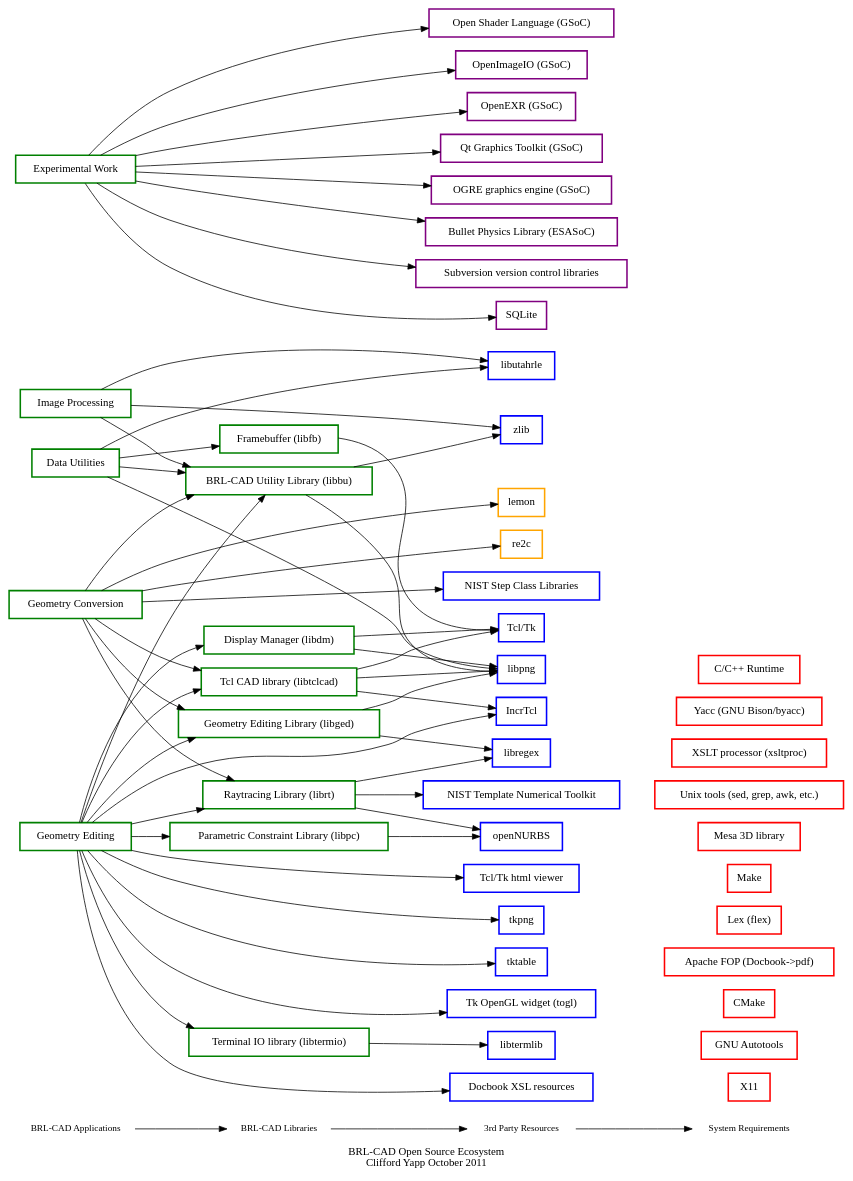
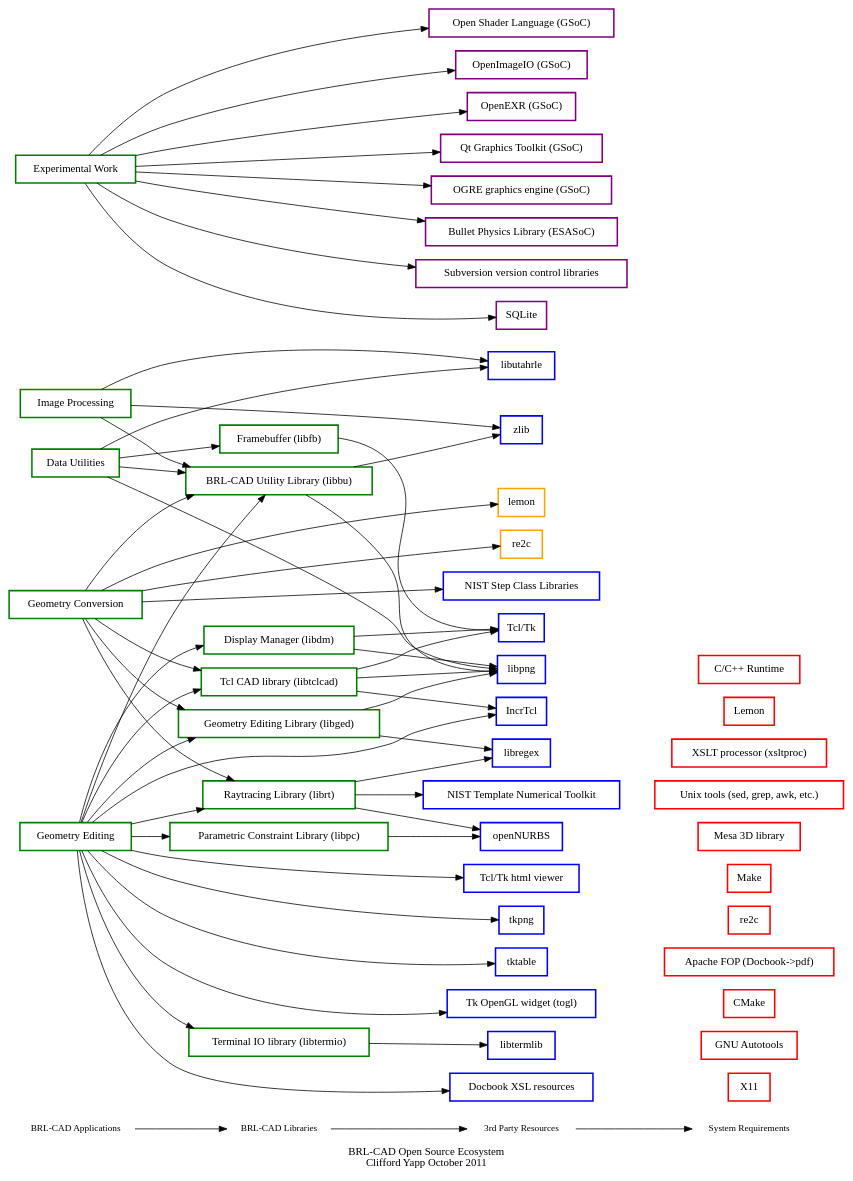
The diagram in doc/ecosystem.dot (maths22/brlcad), drawn with Graphviz before and after one commit. The commit also changed 9 other files, not shown here.

Commit message:
Looks like we're off of yacc, and *almost* off of lex - just src/tab for the latter.

```diff
--- a/doc/ecosystem.dot
+++ b/doc/ecosystem.dot
@@ -1,197 +1,197 @@
 /*                   E C O S Y S T E M . D O T
  * BRL-CAD
  *
  * Copyright (c) 2011-2014 United States Government as represented by
  * the U.S. Army Research Laboratory.
  *
  * Redistribution and use in source (Graphviz format) and 'compiled'
  * forms (PDF, PostScript, HTML, RTF, etc.), with or without
  * modification, are permitted provided that the following conditions
  * are met:
  *
  * 1. Redistributions of source code (Docbook format) must retain the
  * above copyright notice, this list of conditions and the following
  * disclaimer.
  *
  * 2. Redistributions in compiled form (transformed to other DTDs,
  * converted to PDF, PostScript, HTML, RTF, and other formats) must
  * reproduce the above copyright notice, this list of conditions and
  * the following disclaimer in the documentation and/or other
  * materials provided with the distribution.
  *
  * 3. The name of the author may not be used to endorse or promote
  * products derived from this documentation without specific prior
  * written permission.
  *
  * THIS DOCUMENTATION IS PROVIDED BY THE AUTHOR AS IS'' AND ANY
  * EXPRESS OR IMPLIED WARRANTIES, INCLUDING, BUT NOT LIMITED TO, THE
  * IMPLIED WARRANTIES OF MERCHANTABILITY AND FITNESS FOR A PARTICULAR
  * PURPOSE ARE DISCLAIMED. IN NO EVENT SHALL THE AUTHOR BE LIABLE FOR
  * ANY DIRECT, INDIRECT, INCIDENTAL, SPECIAL, EXEMPLARY, OR
  * CONSEQUENTIAL DAMAGES (INCLUDING, BUT NOT LIMITED TO, PROCUREMENT
  * OF SUBSTITUTE GOODS OR SERVICES; LOSS OF USE, DATA, OR PROFITS; OR
  * BUSINESS INTERRUPTION) HOWEVER CAUSED AND ON ANY THEORY OF
  * LIABILITY, WHETHER IN CONTRACT, STRICT LIABILITY, OR TORT
  * (INCLUDING NEGLIGENCE OR OTHERWISE) ARISING IN ANY WAY OUT OF THE
  * USE OF THIS DOCUMENTATION, EVEN IF ADVISED OF THE POSSIBILITY OF
  * SUCH DAMAGE.
  */
 
 digraph BRLCADDeps{
 	//overlap=scale
 	rankdir=LR;
 	label="BRL-CAD Open Source Ecosystem\nClifford Yapp October 2011";
 
 	{
 	     node [shape=plaintext, fontsize=12];
 	     "BRL-CAD Applications" -> "BRL-CAD Libraries" -> "3rd Party Resources" -> "System Requirements";
 	};
 
 
 	// Libraries
 
 	tcltk [color = "blue", style = bold, shape = box, label = "Tcl/Tk"];
 	tkhtml [color = "blue", style = bold, shape = box, label = "Tcl/Tk html viewer"];
 	tkpng [color = "blue", style = bold, shape = box, label = "tkpng"];
 	tktable [color = "blue", style = bold, shape = box, label = "tktable"];
 	togl [color = "blue", style = bold, shape = box, label = "Tk OpenGL widget (togl)"];
 	incrTcl [color = "blue", style = bold, shape = box, label = "IncrTcl"];
 
 
 	libpng [color = "blue", style = bold, shape = box, label = "libpng"];
 	libregex [color = "blue", style = bold, shape = box, label = "libregex"];
 	libtermlib [color = "blue", style = bold, shape = box, label = "libtermlib"];
 	libutahrle [color = "blue", style = bold, shape = box, label = "libutahrle"];
 	opennurbs [color = "blue", style = bold, shape = box, label = "openNURBS"];
 	scl [color = "blue", style = bold, shape = box, label = "NIST Step Class Libraries"];
 	tnt [color = "blue", style = bold, shape = box, label = "NIST Template Numerical Toolkit"];
 	xsl [color = "blue", style = bold, shape = box, label = "Docbook XSL resources"];
 	zlib [color = "blue", style = bold, shape = box, label = "zlib"];
 
 	// Tools
 	//re2clemon [color = "orange", style = bold, shape = box, label = "re2c + lemon"];
 	re2c [color = "orange", style = bold, shape = box, label = "re2c"];
 	lemon [color = "orange", style = bold, shape = box, label = "lemon"];
 	//{ rank = same; "3rd Party Resources"; tcltk; tkhtml; tkpng; tktable; togl; incrTcl; libpng; libregex; libtermlib; libutahrle; opennurbs; scl; tnt; xsl; zlib; re2clemon; }
 	{ rank = same; "3rd Party Resources"; tcltk; tkhtml; tkpng; tktable; togl; incrTcl; libpng; libregex; libtermlib; libutahrle; opennurbs; scl; tnt; xsl; zlib; re2c; lemon; }
 	// GSoC
 	osl [color = "purple", style = bold, shape = box, label = "Open Shader Language (GSoC)"];
 	oiio [color = "purple", style = bold, shape = box, label = "OpenImageIO (GSoC)"];
 	openexr [color = "purple", style = bold, shape = box, label = "OpenEXR (GSoC)"];
 	qt [color = "purple", style = bold, shape = box, label = "Qt Graphics Toolkit (GSoC)"];
 	ogre3d [color = "purple", style = bold, shape = box, label = "OGRE graphics engine (GSoC)"];
 	bullet [color = "purple", style = bold, shape = box, label = "Bullet Physics Library (ESASoC)"];
 
 	{ rank = same; "3rd Party Resources"; bullet; osl; oiio; openexr; qt; ogre3d; }
 
 	// GeomCore only
 	subversion [color = "purple", style = bold, shape = box, label = "Subversion version control libraries"];
 	//apr [color = "purple", style = bold, shape = box, label = "Apache Portable Runtime"];
 	//uuid [color = "purple", style = bold, shape = box, label = "Universally Unique Identifiers (OSSP uuid)"];
 	sqlite [color = "purple", style = bold, shape = box, label = "SQLite"];
 
 	{ rank = same; "3rd Party Resources"; subversion; sqlite; }
 
 	// System (not bundled)
 	X11 [color = "red", style = bold, shape = box, label = "X11"];
 	autotools [color = "red", style = bold, shape = box, label = "GNU Autotools"];
 	cmake [color = "red", style = bold, shape = box, label = "CMake"];
 	fop [color = "red", style = bold, shape = box, label = "Apache FOP (Docbook->pdf)"];
-	lex [color = "red", style = bold, shape = box, label = "Lex (flex)"];
+	lex [color = "red", style = bold, shape = box, label = "re2c"];
 	make [color = "red", style = bold, shape = box, label = "Make"];
 	mesa [color = "red", style = bold, shape = box, label = "Mesa 3D library"];
 	unixtools [color = "red", style = bold, shape = box, label = "Unix tools (sed, grep, awk, etc.)"];
 	xsltproc [color = "red", style = bold, shape = box, label = "XSLT processor (xsltproc)"];
-	yacc [color = "red", style = bold, shape = box, label = "Yacc (GNU Bison/byacc)"];
+	yacc [color = "red", style = bold, shape = box, label = "Lemon"];
 	crun [color = "red", style = bold, shape = box, label = "C/C++ Runtime"];
 
 	{ rank = same; "System Requirements"; X11; autotools; cmake; crun; fop; lex; make; mesa; unixtools; xsltproc; yacc; }
 
 	// BRL-CAD components
 	libbu [color = "green", style = bold, shape = box, label = "BRL-CAD Utility Library (libbu)"];
 	libpc [color = "green", style = bold, shape = box, label = "Parametric Constraint Library (libpc)"];
 	librt [color = "green", style = bold, shape = box, label = "Raytracing Library (librt)"];
 	libdm [color = "green", style = bold, shape = box, label = "Display Manager (libdm)"];
 	libfb [color = "green", style = bold, shape = box, label = "Framebuffer (libfb)"];
 	libged [color = "green", style = bold, shape = box, label = "Geometry Editing Library (libged)"];
 	libtclcad [color = "green", style = bold, shape = box, label = "Tcl CAD library (libtclcad)"];
 	libtermio [color = "green", style = bold, shape = box, label = "Terminal IO library (libtermio)"];
 
 	{ rank = same; "BRL-CAD Libraries"; libbu; libpc; librt; libdm; libged; libtclcad; libtermio; }
 
 	// BRL-CAD Application Categories
 	geomedit [color = "green", style = bold, shape = box, label = "Geometry Editing"];
 	geomconv [color = "green", style = bold, shape = box, label = "Geometry Conversion"];
 	datautil [color = "green", style = bold, shape = box, label = "Data Utilities"];
 	imageproc [color = "green", style = bold, shape = box, label = "Image Processing"];
 	experimental [color = "green", style = bold, shape = box, label = "Experimental Work"];
 
 	{ rank = same; "BRL-CAD Applications"; geomedit; geomconv; datautil; imageproc; experimental; }
 
 
 	/* Relationships */
 
 	libbu -> libpng;
 	libbu -> zlib;
 
 	libpc -> opennurbs;
 
 	librt -> libregex;
 	librt -> tnt;
 	librt -> opennurbs;
 
 	libdm -> tcltk;
 	libdm -> libpng;
 
 	libfb -> tcltk;
 
 	libged -> libregex;
 	libged -> libpng;
 
 	libtclcad -> tcltk;
 	libtclcad -> incrTcl;
 	libtclcad -> libpng;
 
 	libtermio -> libtermlib;
 
 	experimental -> osl;
 	experimental -> oiio;
 	experimental -> openexr;
 	experimental -> qt;
 	experimental -> ogre3d;
 	experimental -> sqlite;
 	experimental -> subversion;
 	experimental -> bullet;
 
 	geomedit -> libbu;
 	geomedit -> libpc;
 	geomedit -> librt;
 	geomedit -> libdm;
 	geomedit -> libged;
 	geomedit -> libtclcad;
 	geomedit -> libtermio;
 	geomedit -> tkhtml;
 	geomedit -> tkpng;
 	geomedit -> tktable;
 	geomedit -> togl;
 	geomedit -> incrTcl;
 	geomedit -> xsl;
 	geomconv -> libbu;
 	geomconv -> librt;
 	geomconv -> libtclcad;
 	geomconv -> libged;
 	geomconv -> scl;
 	geomconv -> lemon;
 	geomconv -> re2c;
 
 	datautil -> libbu;
 	datautil -> libfb;
 	datautil -> libpng;
 	datautil -> libutahrle;
 
 	imageproc -> libbu;
 	imageproc -> libutahrle;
 	imageproc -> zlib;
 
 
 }
```
